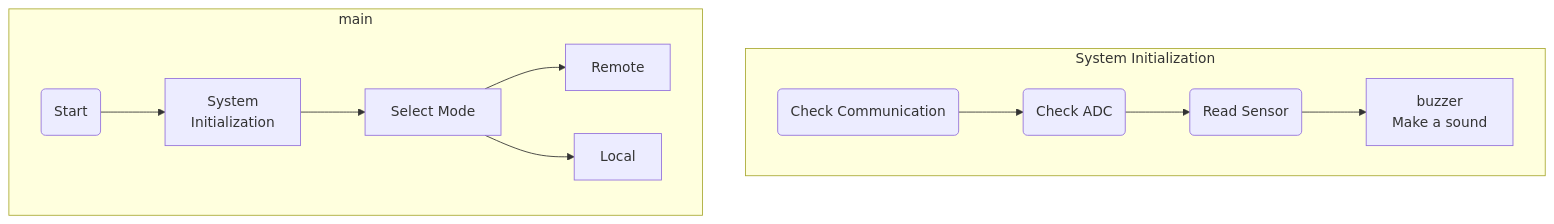
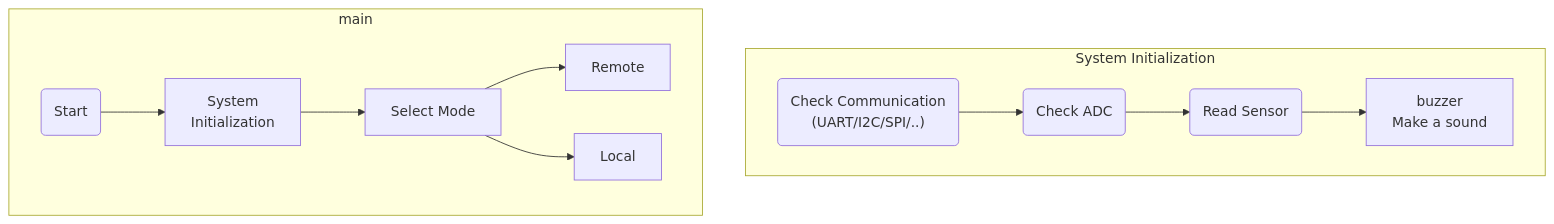
Before and after one commit to yingchaotw/micro_PowerModule: the diagram in Readme.md, drawn with Mermaid. The commit also changed other lines of this file and 3 other files, not shown here.

````diff
--- a/Readme.md
+++ b/Readme.md
@@ -34,14 +36,14 @@
 ```mermaid
 flowchart TD
 subgraph "System Initialization"
-  a("Check Communication") --> b(Check ADC) --> c(Read Sensor) --> d[buzzer <br> Make a sound]
+  a("Check Communication<BR>(UART/I2C/SPI/..)") --> b(Check ADC) --> c(Read Sensor) --> d[buzzer <br> Make a sound]
 end
 
 subgraph "main"
     A(Start) --> B[System<br>Initialization]
     B --> C[Select Mode]
     C -->D["Remote <PC>"]
     C -->E["Local <encoder>"]
 end
 
 ```
````
